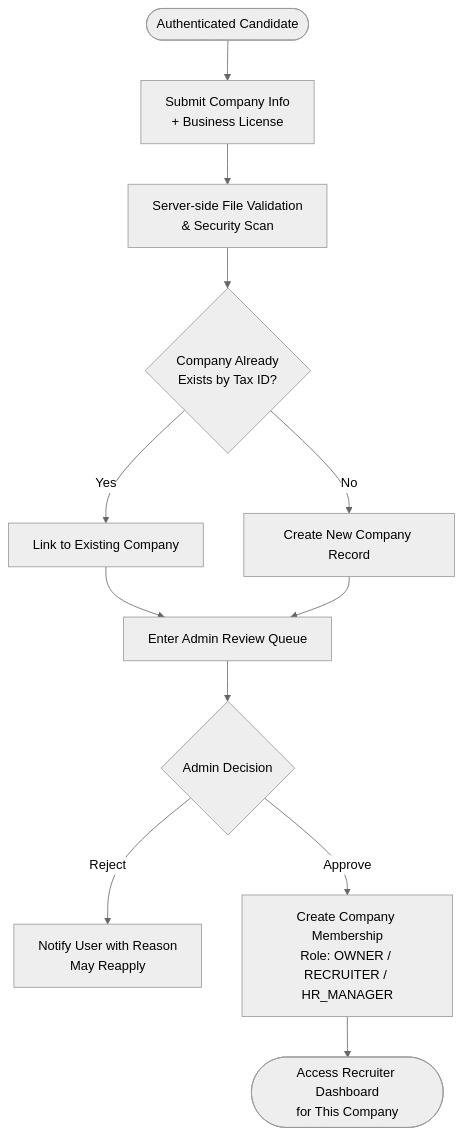
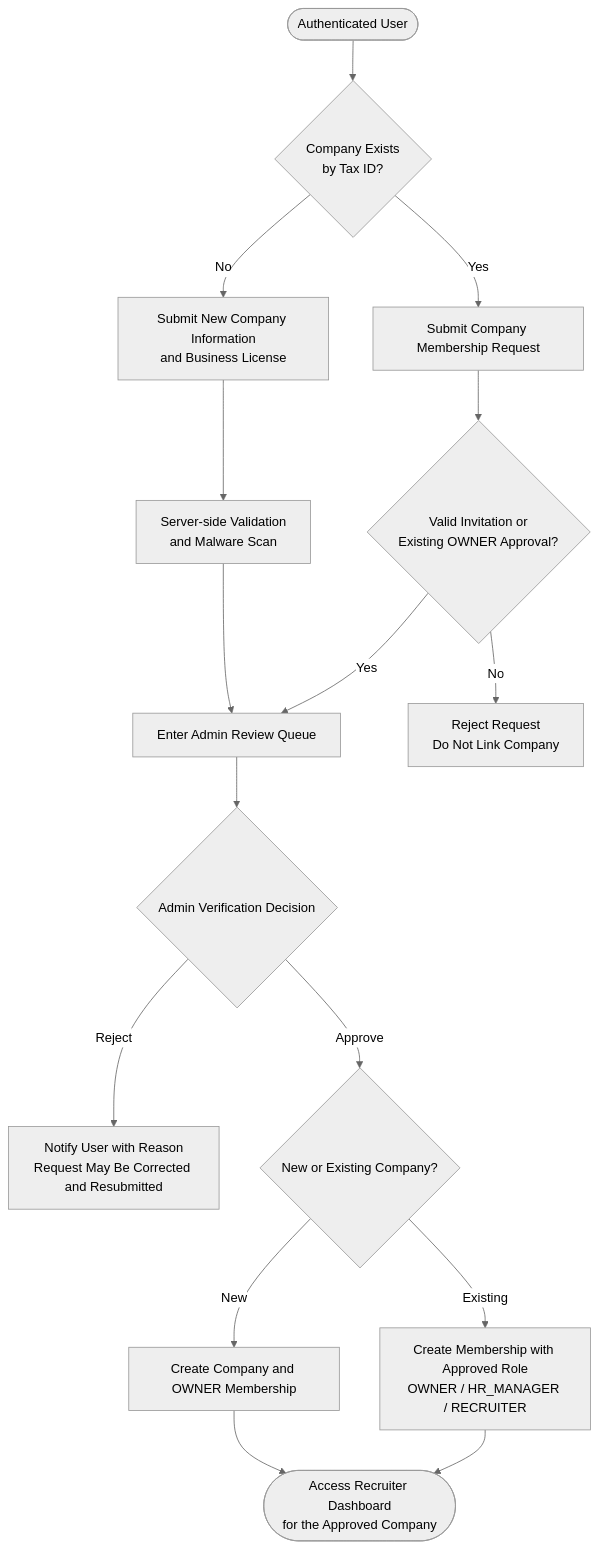
The third of 3 diagrams in docs/vision_document.md (quocuy0112/Software-Engineering---Group-9), drawn with Mermaid (neutral theme) before and after one commit. The commit also changed other lines of this file and 2 other files, not shown here.

````diff
--- a/docs/vision_document.md
+++ b/docs/vision_document.md
@@ -572,18 +595,23 @@
 ```mermaid
 flowchart TD
-    A([Authenticated Candidate]) --> B[Submit Company Info<br/>+ Business License]
-    B --> C[Server-side File Validation<br/>& Security Scan]
-    C --> D{Company Already<br/>Exists by Tax ID?}
-    
-    D -->|Yes| E[Link to Existing Company]
-    D -->|No| F[Create New Company Record]
-    
-    E --> G[Enter Admin Review Queue]
-    F --> G
-    
-    G --> H{Admin Decision}
-    H -->|Reject| I[Notify User with Reason<br/>May Reapply]
-    H -->|Approve| J[Create Company Membership<br/>Role: OWNER / RECRUITER / HR_MANAGER]
-    
-    J --> K([Access Recruiter Dashboard<br/>for This Company])
+    A([Authenticated User]) --> B{Company Exists<br/>by Tax ID?}
+
+    B -->|No| C[Submit New Company Information<br/>and Business License]
+    C --> D[Server-side Validation<br/>and Malware Scan]
+    D --> H[Enter Admin Review Queue]
+
+    B -->|Yes| E[Submit Company Membership Request]
+    E --> F{Valid Invitation or<br/>Existing OWNER Approval?}
+    F -->|No| G[Reject Request<br/>Do Not Link Company]
+    F -->|Yes| H
+
+    H --> I{Admin Verification Decision}
+    I -->|Reject| J[Notify User with Reason<br/>Request May Be Corrected and Resubmitted]
+    I -->|Approve| K{New or Existing Company?}
+
+    K -->|New| L[Create Company and OWNER Membership]
+    K -->|Existing| M[Create Membership with Approved Role<br/>OWNER / HR_MANAGER / RECRUITER]
+
+    L --> N([Access Recruiter Dashboard<br/>for the Approved Company])
+    M --> N
 ```
````
